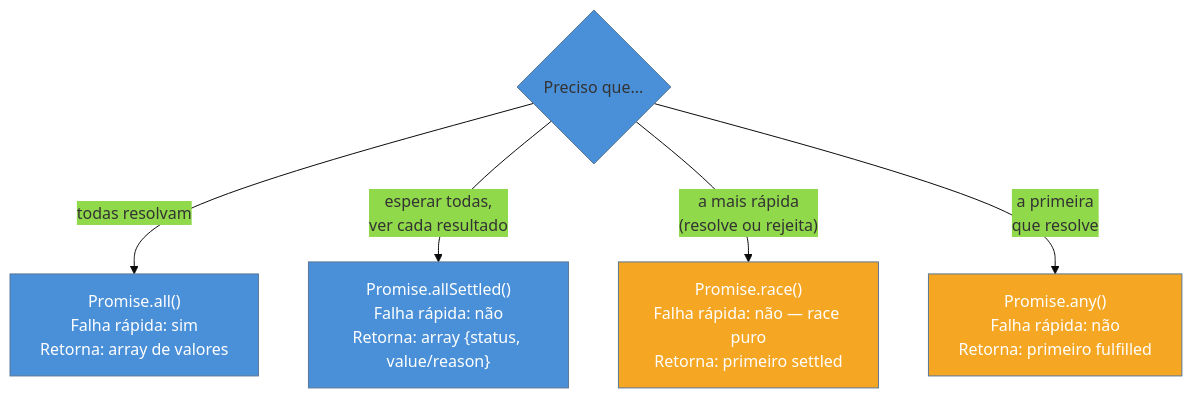
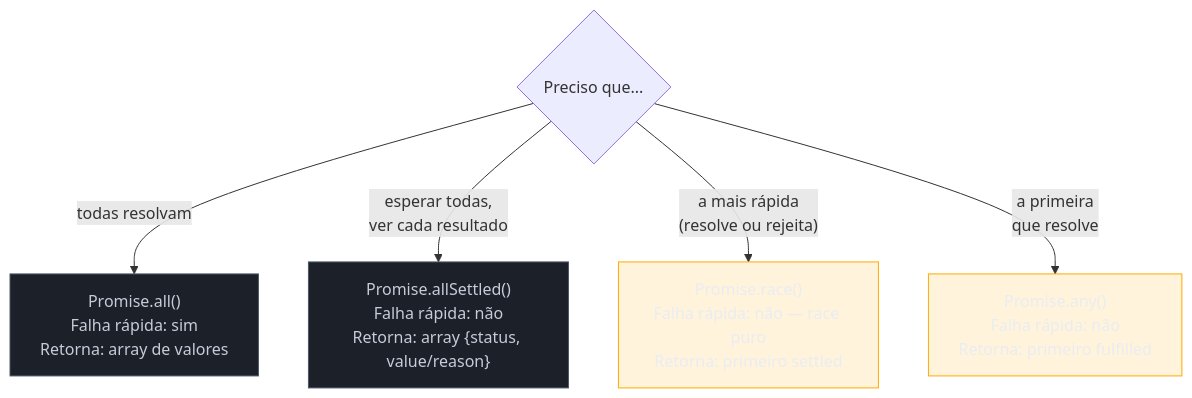
One commit to josenaldo/codex-technomanticus changed the third of 3 diagrams in 03-Dominios/Tecnologia/JavaScript/14 - Promises.md. Above: the diagram before and after it, drawn with Mermaid. The commit also changed other lines of this file and 1181 other files, not shown here.

First line of the commit message:
fix(diagramas): paleta do sistema no lugar de cor cravada no markdown

````diff
--- a/03-Dominios/Tecnologia/JavaScript/14 - Promises.md
+++ b/03-Dominios/Tecnologia/JavaScript/14 - Promises.md
@@ -315,18 +316,19 @@
 ```mermaid
-%%{init: {"theme": "base", "themeVariables": {"primaryColor": "#4A90D9"}}}%%
 flowchart TD
+    classDef neutro fill:#1B2029,stroke:#4E5666,color:#C6CCD8
+    classDef destaque fill:#FFAA0024,stroke:#FFAA00,color:#E9ECF2
     Q{Preciso que...} -->|"todas resolvam"| A
     Q -->|"esperar todas,\nver cada resultado"| B
     Q -->|"a mais rápida\n(resolve ou rejeita)"| C
     Q -->|"a primeira\nque resolve"| D
 
     A["Promise.all()\nFalha rápida: sim\nRetorna: array de valores"]
     B["Promise.allSettled()\nFalha rápida: não\nRetorna: array {status, value/reason}"]
     C["Promise.race()\nFalha rápida: não — race puro\nRetorna: primeiro settled"]
     D["Promise.any()\nFalha rápida: não\nRetorna: primeiro fulfilled"]
 
-    style A fill:#4A90D9,color:#fff
-    style B fill:#4A90D9,color:#fff
-    style C fill:#F5A623,color:#fff
-    style D fill:#F5A623,color:#fff
+    class A neutro
+    class B neutro
+    class C destaque
+    class D destaque
 ```
````
